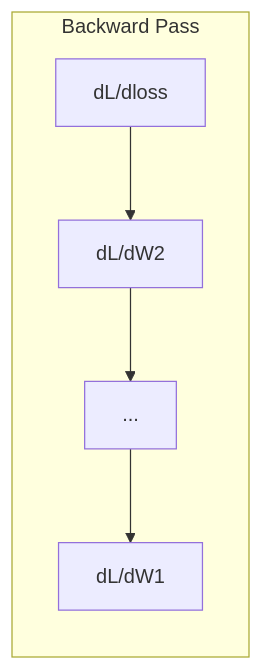
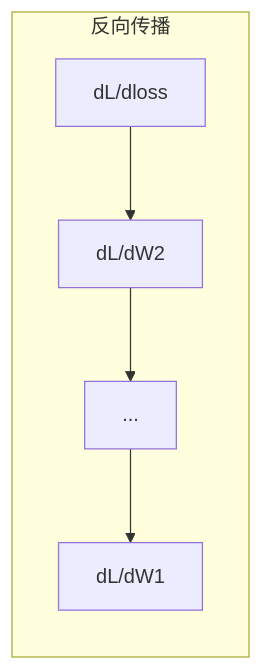
Before and after one commit to alessandrodinisio-ai/ai-engineering-learning-framework: the fourth of 4 diagrams in phases/01-math-foundations/04-calculus-for-ml/docs/zh.md, drawn with Mermaid. The commit also changed other lines of this file and 120 other files, not shown here.

First line of the commit message:
i18n(mermaid): 337 个 mermaid 图表标签中文化

````diff
--- a/phases/01-math-foundations/04-calculus-for-ml/docs/zh.md
+++ b/phases/01-math-foundations/04-calculus-for-ml/docs/zh.md
@@ -378,6 +378,6 @@
 ```mermaid
 graph RL
-    subgraph Backward["Backward Pass"]
+    subgraph Backward["反向传播"]
         dL["dL/dloss"] --> dW2["dL/dW2"] --> d2["..."] --> dW1["dL/dW1"]
     end
 ```
````
